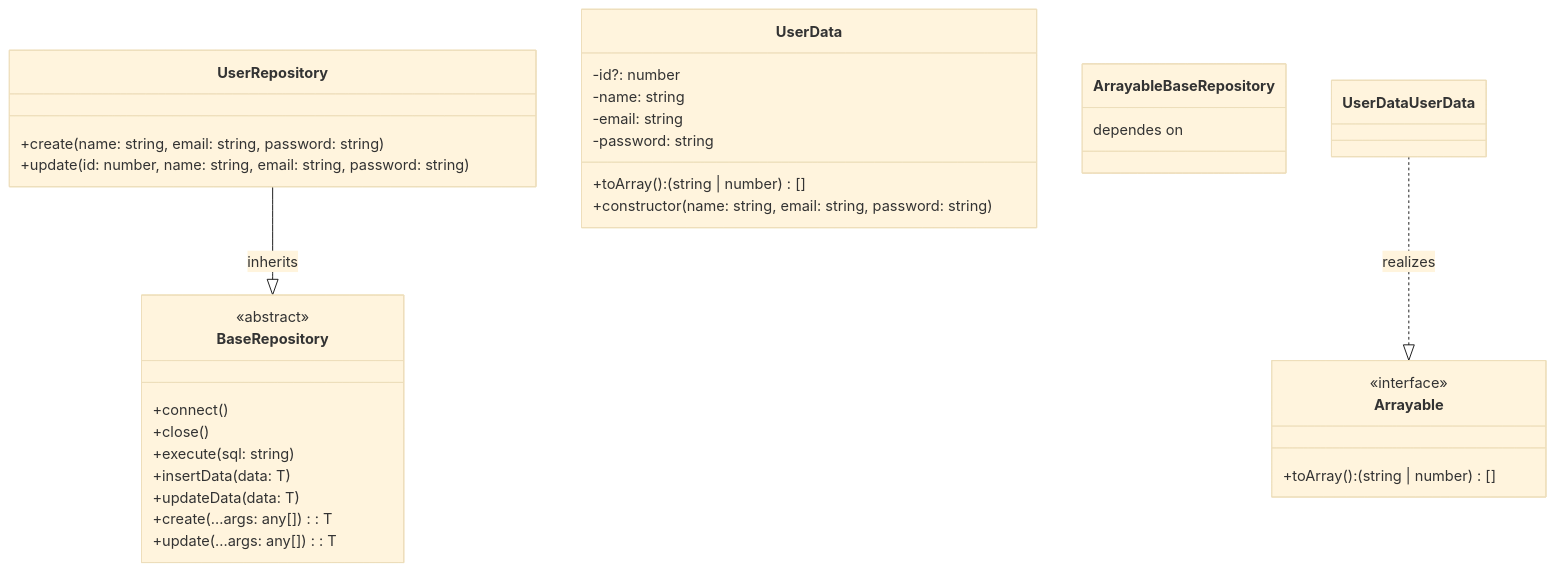
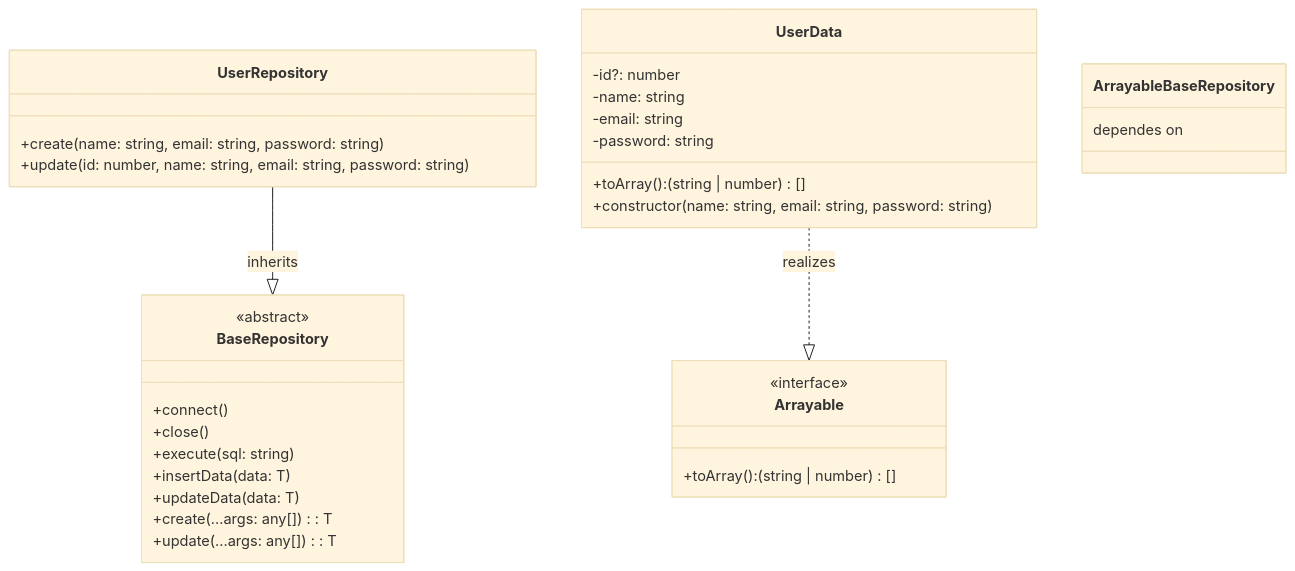
The first of 2 diagrams in TypeScript/md.md (nominalrune/wiki_project), drawn with Mermaid (base theme) before and after one commit.

````diff
--- a/TypeScript/md.md
+++ b/TypeScript/md.md
@@ -4,32 +4,32 @@
 ```mermaid
 classDiagram
     class BaseRepository {
         <<abstract>>
         +connect()
         +close()
         +execute(sql: string)
         +insertData(data: T)
         +updateData(data: T)
         +create(...args: any[]): T
         +update(...args: any[]): T
     }
     class UserRepository {
         +create(name: string, email: string, password: string)
         +update(id: number, name: string, email: string, password: string)
     }
     class UserData {
         -id?: number
         -name: string
         -email: string
         -password: string
         +toArray(): (string | number)[]
         +constructor(name: string, email: string, password: string)
     }
     class Arrayable {
         <<interface>>
         +toArray(): (string | number)[]
     }
     UserRepository --|> BaseRepository :inherits
     Arrayable BaseRepository :dependes on
-    UserDataUserData ..|> Arrayable :realizes
+    UserData ..|> Arrayable :realizes
 ```
````
